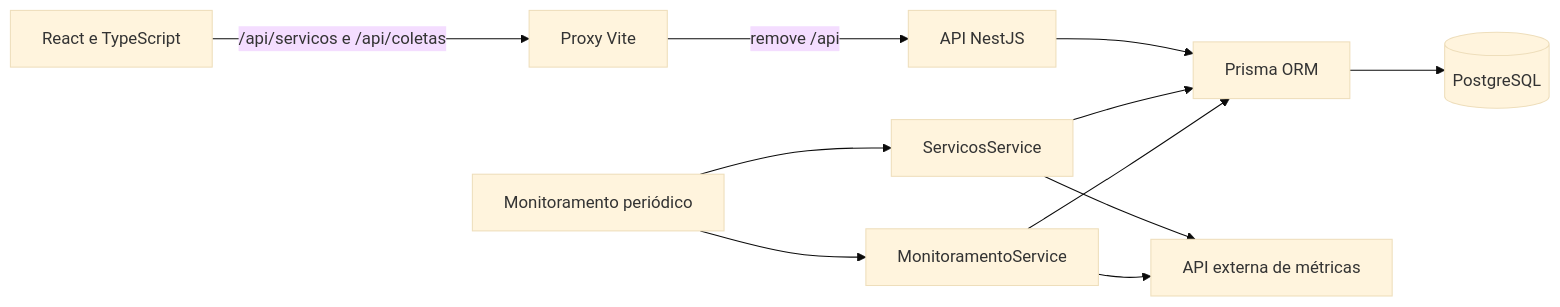
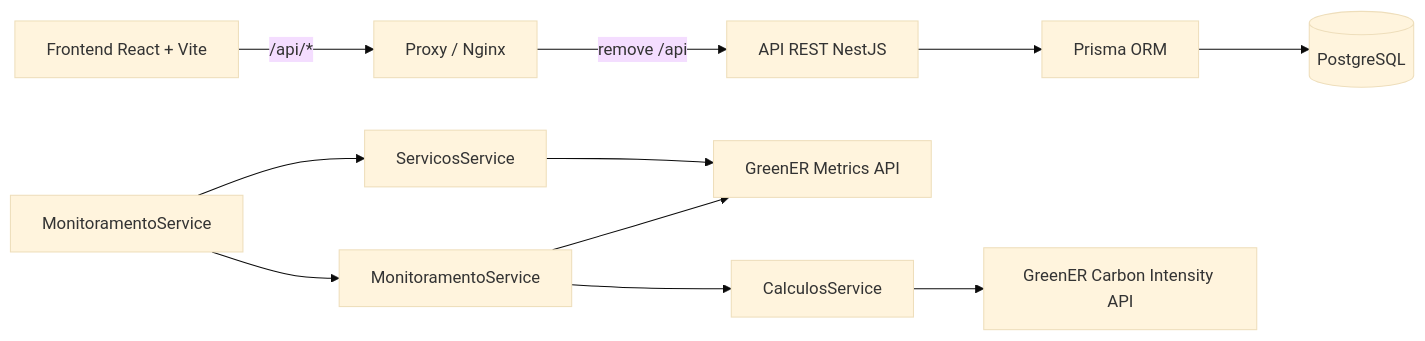
One commit to abpundefined/3DSM-ABP-UNDEFINED changed the diagram in docs/arquitetura.md. Above: the diagram before and after it, drawn with Mermaid (base theme). The commit also changed other lines of this file and 1 other file, not shown here.

Commit message:
docs(readme): atualiza documentação técnica, arquitetura, ER, APIs e badges (#21)

````diff
--- a/docs/arquitetura.md
+++ b/docs/arquitetura.md
@@ -5,13 +5,13 @@
 ```mermaid
 flowchart LR
-    React[React e TypeScript] -->|/api/servicos e /api/coletas| Vite[Proxy Vite]
-    Vite -->|remove /api| Nest[API NestJS]
+    React[Frontend React + Vite] -->|/api/*| Vite[Proxy / Nginx]
+    Vite -->|remove /api| Nest[API REST NestJS]
     Nest --> Prisma[Prisma ORM]
     Prisma --> PG[(PostgreSQL)]
-    Timer[Monitoramento periódico] --> Descoberta[ServicosService]
+    Timer[MonitoramentoService] --> Descoberta[ServicosService]
     Timer --> Coletor[MonitoramentoService]
-    Descoberta --> Metrics[API externa de métricas]
+    Descoberta --> Metrics[GreenER Metrics API]
     Coletor --> Metrics
-    Descoberta --> Prisma
-    Coletor --> Prisma
+    Coletor --> Calculos[CalculosService]
+    Calculos --> Carbon[GreenER Carbon Intensity API]
 ```
````
